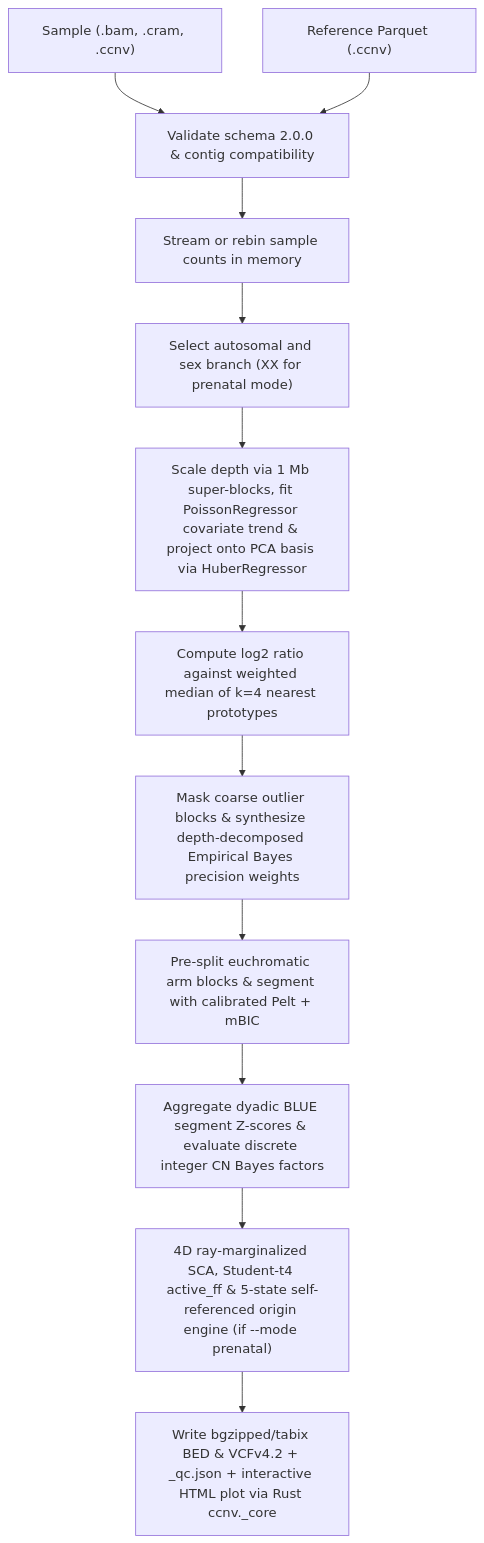
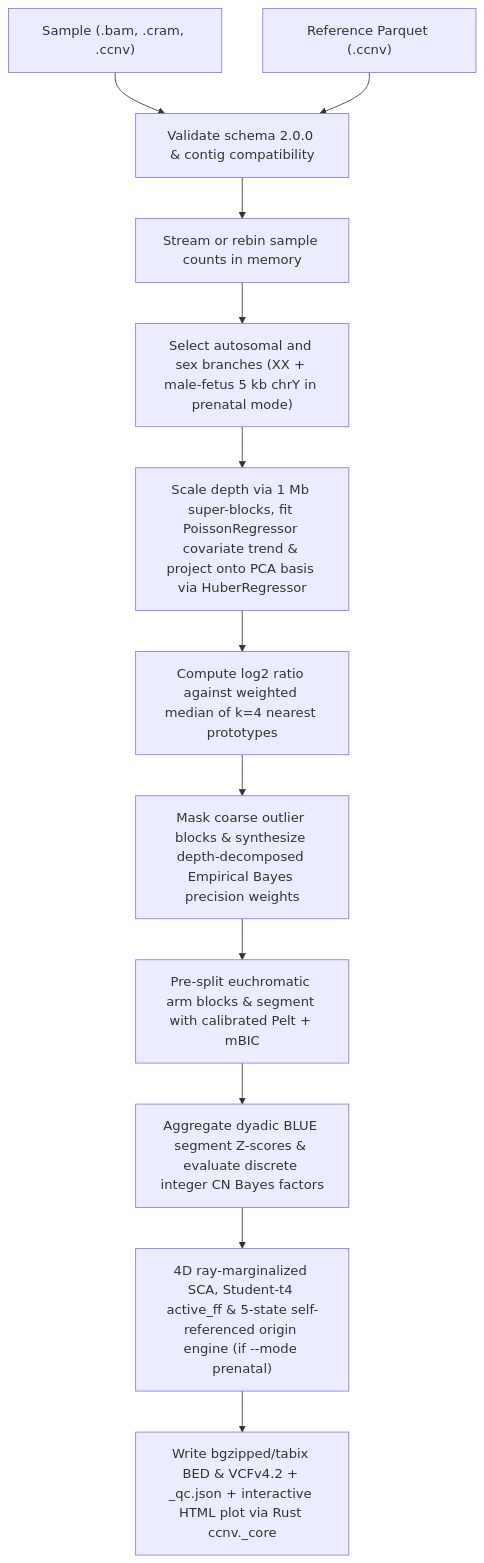
The fourth of 4 diagrams in docs/pipeline.md (matthdsm/ccnv), drawn with Mermaid before and after one commit. The commit also changed other lines of this file and 22 other files, not shown here.

Commit message:
(fix): Add support for chrY bins in prenatal mode

````diff
--- a/docs/pipeline.md
+++ b/docs/pipeline.md
@@ -96,14 +96,14 @@
 ```mermaid
 flowchart TD
     InSample["Sample (.bam, .cram, .ccnv)"] --> LoadCompat["Validate schema 2.0.0 & contig compatibility"]
     InRef["Reference Parquet (<reference>.ccnv)"] --> LoadCompat
     LoadCompat --> RebinCheck["Stream or rebin sample counts in memory"]
-    RebinCheck --> BranchSelect["Select autosomal and sex branch (XX for prenatal mode)"]
+    RebinCheck --> BranchSelect["Select autosomal and sex branches (XX + male-fetus 5 kb chrY in prenatal mode)"]
     BranchSelect --> ProjectPCA["Scale depth via 1 Mb super-blocks, fit PoissonRegressor covariate trend & project onto PCA basis via HuberRegressor"]
     ProjectPCA --> MatchPrototypes["Compute log2 ratio against weighted median of k=4 nearest prototypes"]
     MatchPrototypes --> IterativeMask["Mask coarse outlier blocks & synthesize depth-decomposed Empirical Bayes precision weights"]
     IterativeMask --> SegEngine["Pre-split euchromatic arm blocks & segment with calibrated Pelt + mBIC"]
     SegEngine --> CallEvents["Aggregate dyadic BLUE segment Z-scores & evaluate discrete integer CN Bayes factors"]
     CallEvents --> PrenatalAnnot["4D ray-marginalized SCA, Student-t4 active_ff & 5-state self-referenced origin engine (if --mode prenatal)"]
     PrenatalAnnot --> Outputs["Write bgzipped/tabix BED & VCFv4.2 + _qc.json + interactive HTML plot via Rust ccnv._core"]
 ```
````
